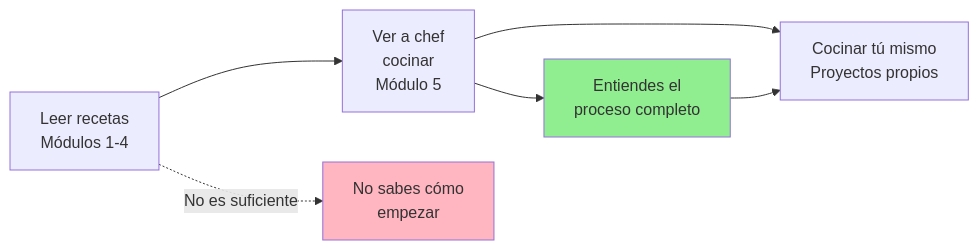
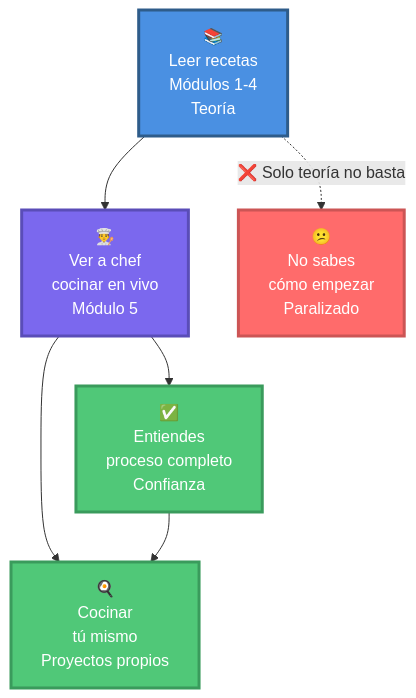
One commit to Ai-Whisperers/Courses-Content changed the first of 8 diagrams in courses/🟡-development/FPUNA-2026/00-FUNDAMENTOS-PRINCIPALES/05-proyecto-en-vivo.md. Above: the diagram before and after it, drawn with Mermaid. The commit also changed other lines of this file and 30 other files, not shown here.

````diff
--- a/courses/🟡-development/FPUNA-2026/00-FUNDAMENTOS-PRINCIPALES/05-proyecto-en-vivo.md
+++ b/courses/🟡-development/FPUNA-2026/00-FUNDAMENTOS-PRINCIPALES/05-proyecto-en-vivo.md
@@ -67,12 +67,15 @@
 ```mermaid
-graph LR
-    A[Leer recetas<br/>Módulos 1-4] --> B[Ver a chef<br/>cocinar<br/>Módulo 5]
-    B --> C[Cocinar tú mismo<br/>Proyectos propios]
+graph TB
+    A["📚<br/>Leer recetas<br/>Módulos 1-4<br/>Teoría"] --> B["👨‍🍳<br/>Ver a chef<br/>cocinar en vivo<br/>Módulo 5"]
+    B --> C["🍳<br/>Cocinar<br/>tú mismo<br/>Proyectos propios"]
     
-    A -.No es suficiente.-> D[No sabes cómo<br/>empezar]
-    B --> E[Entiendes el<br/>proceso completo]
+    A -.❌ Solo teoría no basta.-> D["😕<br/>No sabes<br/>cómo empezar<br/>Paralizado"]
+    B --> E["✅<br/>Entiendes<br/>proceso completo<br/>Confianza"]
     E --> C
     
-    style D fill:#FFB6C1
-    style E fill:#90EE90
+    style A fill:#4A90E2,stroke:#2E5C8A,stroke-width:3px,color:#fff
+    style B fill:#7B68EE,stroke:#5A4DB8,stroke-width:3px,color:#fff
+    style C fill:#50C878,stroke:#3A9B5C,stroke-width:3px,color:#fff
+    style D fill:#FF6B6B,stroke:#CC5555,stroke-width:3px,color:#fff
+    style E fill:#50C878,stroke:#3A9B5C,stroke-width:3px,color:#fff
 ```
````
